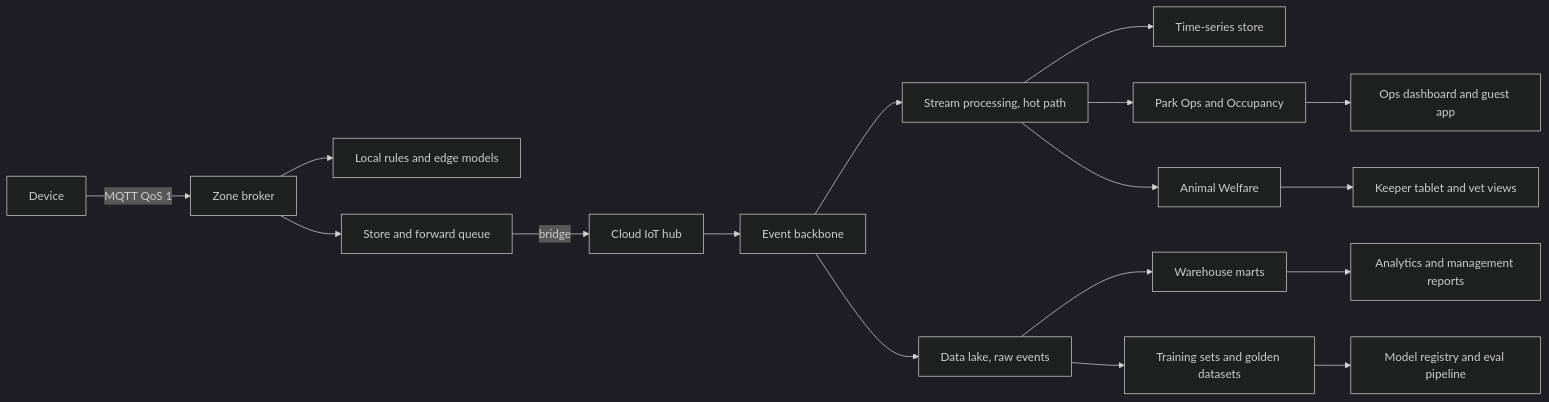
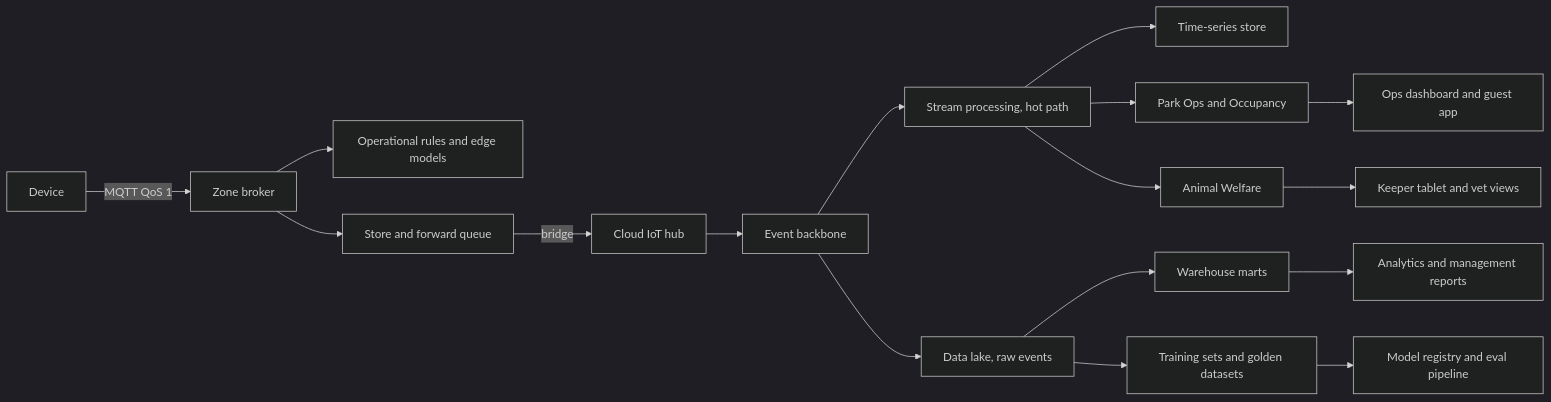
One commit to works-on-my-whiteboard/ai-architectural-katas-2026 changed the first of 2 diagrams in docs/architecture/04-data-flow.md. Above: the diagram before and after it, drawn with Mermaid (dark theme). The commit also changed other lines of this file and 54 other files, not shown here.

````diff
--- a/docs/architecture/04-data-flow.md
+++ b/docs/architecture/04-data-flow.md
@@ -7,19 +9,19 @@
 ```mermaid
 flowchart LR
   D["Device"] -- "MQTT QoS 1" --> B["Zone broker"]
-  B --> R["Local rules and edge models"]
+  B --> R["Operational rules and edge models"]
   B --> Q["Store and forward queue"]
   Q -- "bridge" --> H["Cloud IoT hub"]
   H --> E["Event backbone"]
   E --> S["Stream processing, hot path"]
   S --> TS["Time-series store"]
   S --> OPS["Park Ops and Occupancy"]
   S --> AW["Animal Welfare"]
   OPS --> DASH["Ops dashboard and guest app"]
   AW --> KT["Keeper tablet and vet views"]
   E --> L["Data lake, raw events"]
   L --> W["Warehouse marts"]
   L --> TR["Training sets and golden datasets"]
   W --> BI["Analytics and management reports"]
   TR --> REG["Model registry and eval pipeline"]
 ```
````
